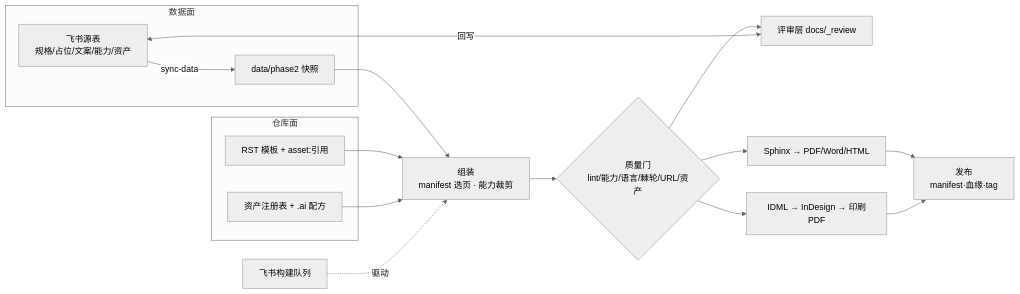
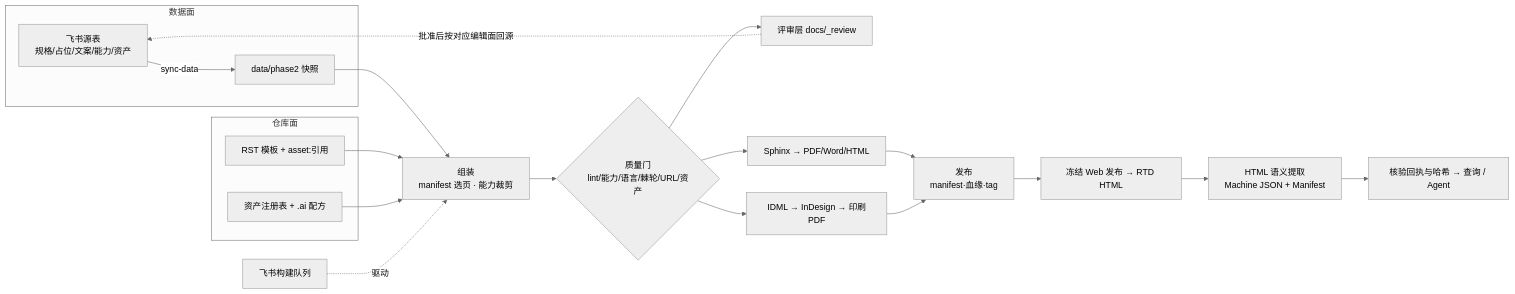
One commit to Bingboom/auto-manual changed the first of 2 diagrams in code-as-doc/architecture/system_evolution_history.md. Above: the diagram before and after it, drawn with Mermaid (neutral theme). The commit also changed other lines of this file and 12 other files, not shown here.

````diff
--- a/code-as-doc/architecture/system_evolution_history.md
+++ b/code-as-doc/architecture/system_evolution_history.md
@@ -38,19 +44,23 @@
 ```mermaid
 flowchart LR
   subgraph 数据面
     F[飞书源表<br/>规格/占位/文案/能力/资产] --sync-data--> S[data/phase2 快照]
   end
   subgraph 仓库面
     T[RST 模板 + asset:引用]
     A[资产注册表 + .ai 配方]
   end
   S --> ASM[组装<br/>manifest 选页 · 能力裁剪]
   T --> ASM
   A --> ASM
   ASM --> G{质量门<br/>lint/能力/语言/棘轮/URL/资产}
-  G --> R[评审层 docs/_review] <--回写--> F
+  G --> R[评审层 docs/_review]
+  R -.批准后按对应编辑面回源.-> F
   G --> OUT1[Sphinx → PDF/Word/HTML]
   G --> OUT2[IDML → InDesign → 印刷PDF]
   OUT1 & OUT2 --> REL[发布<br/>manifest·血缘·tag]
   Q[飞书构建队列] -.驱动.-> ASM
+  REL --> WEB[冻结 Web 发布 → RTD HTML]
+  WEB --> MACHINE[HTML 语义提取<br/>Machine JSON + Manifest]
+  MACHINE --> READ[核验回执与哈希 → 查询 / Agent]
 ```
````
